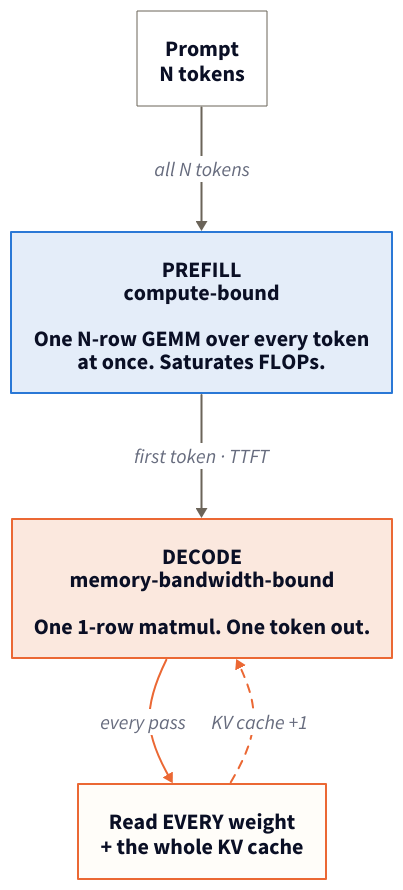
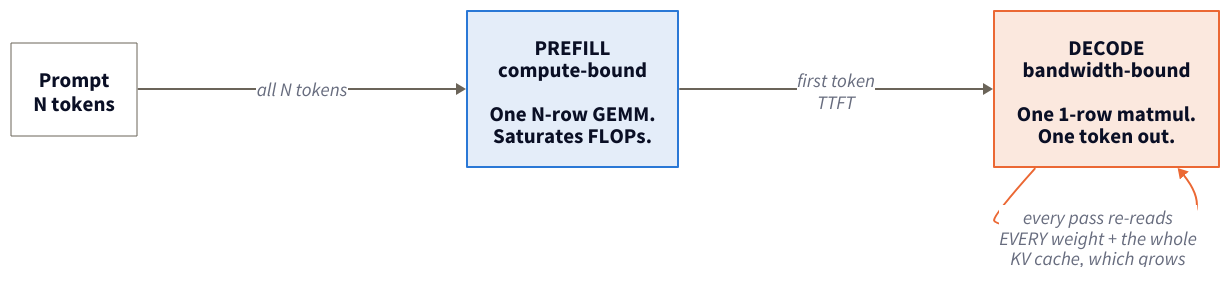
One commit to ong6/junxiong-notes changed the diagram in content/articles/prefill-vs-decode.md. Above: the diagram before and after it, drawn with D2. The commit also changed 42 other files, not shown here.

First line of the commit message:
Size figures properly: break out of the text column, fix diagram proportions

````diff
--- a/content/articles/prefill-vs-decode.md
+++ b/content/articles/prefill-vs-decode.md
@@ -19,26 +19,21 @@
-```d2 Prefill reads the whole prompt in one compute-bound pass. Decode then loops once per token, and every pass re-reads the entire model out of memory — which is why the two halves want different hardware.
-direction: down
+```d2 Prefill reads the whole prompt in one compute-bound pass. Decode then loops once per token, re-reading the entire model out of memory every time — which is why the two halves want different hardware.
+direction: right
 
 prompt: Prompt\nN tokens {
-  style: { stroke: "#6b6459"; fill: transparent; stroke-width: 1; font-size: 22 }
+  style: { stroke: "#6b6459"; fill: transparent; stroke-width: 1; font-size: 21 }
 }
 
-prefill: PREFILL\ncompute-bound\n\nOne N-row GEMM over every token\nat once. Saturates FLOPs. {
-  style: { fill: "#e4edf9"; stroke: "#2a78d6"; stroke-width: 2; font-size: 22 }
+prefill: PREFILL\ncompute-bound\n\nOne N-row GEMM.\nSaturates FLOPs. {
+  style: { fill: "#e4edf9"; stroke: "#2a78d6"; stroke-width: 2; font-size: 21 }
 }
 
-step: DECODE\nmemory-bandwidth-bound\n\nOne 1-row matmul. One token out. {
-  style: { fill: "#fbe8de"; stroke: "#eb6834"; stroke-width: 2; font-size: 22 }
+decode: DECODE\nbandwidth-bound\n\nOne 1-row matmul.\nOne token out. {
+  style: { fill: "#fbe8de"; stroke: "#eb6834"; stroke-width: 2; font-size: 21 }
 }
 
-mem: Read EVERY weight\n+ the whole KV cache {
-  style: { fill: "#fffdf9"; stroke: "#eb6834"; stroke-width: 2; font-size: 22 }
-}
-
-prompt -> prefill: all N tokens { style: { stroke: "#6b6459"; font-size: 20 } }
-prefill -> step: first token · TTFT { style: { stroke: "#6b6459"; stroke-width: 2; font-size: 20 } }
-step -> mem: every pass { style: { stroke: "#eb6834"; stroke-width: 2; font-size: 20 } }
-mem -> step: KV cache +1 {
-  style: { stroke: "#eb6834"; stroke-width: 2; stroke-dash: 4; font-size: 20 }
+prompt -> prefill: all N tokens { style: { stroke: "#6b6459"; font-size: 19 } }
+prefill -> decode: first token\nTTFT { style: { stroke: "#6b6459"; stroke-width: 2; font-size: 19 } }
+decode -> decode: every pass re-reads\nEVERY weight + the whole\nKV cache, which grows {
+  style: { stroke: "#eb6834"; stroke-width: 2; font-size: 19 }
 }
 ```
````
